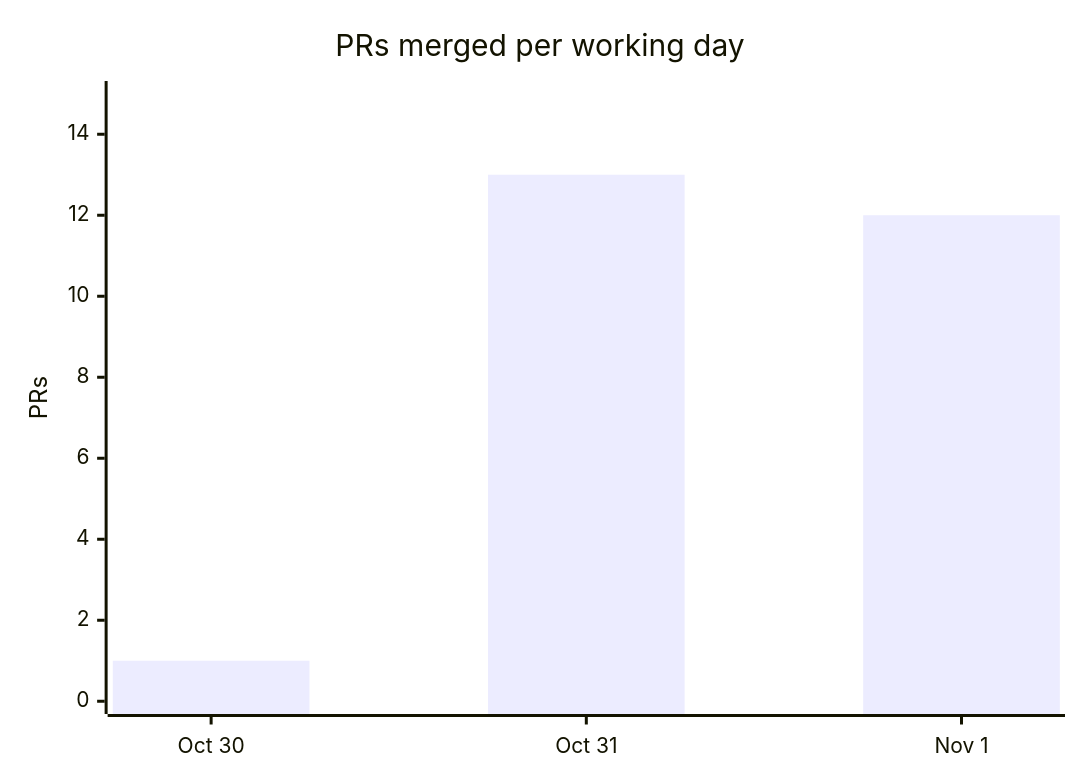
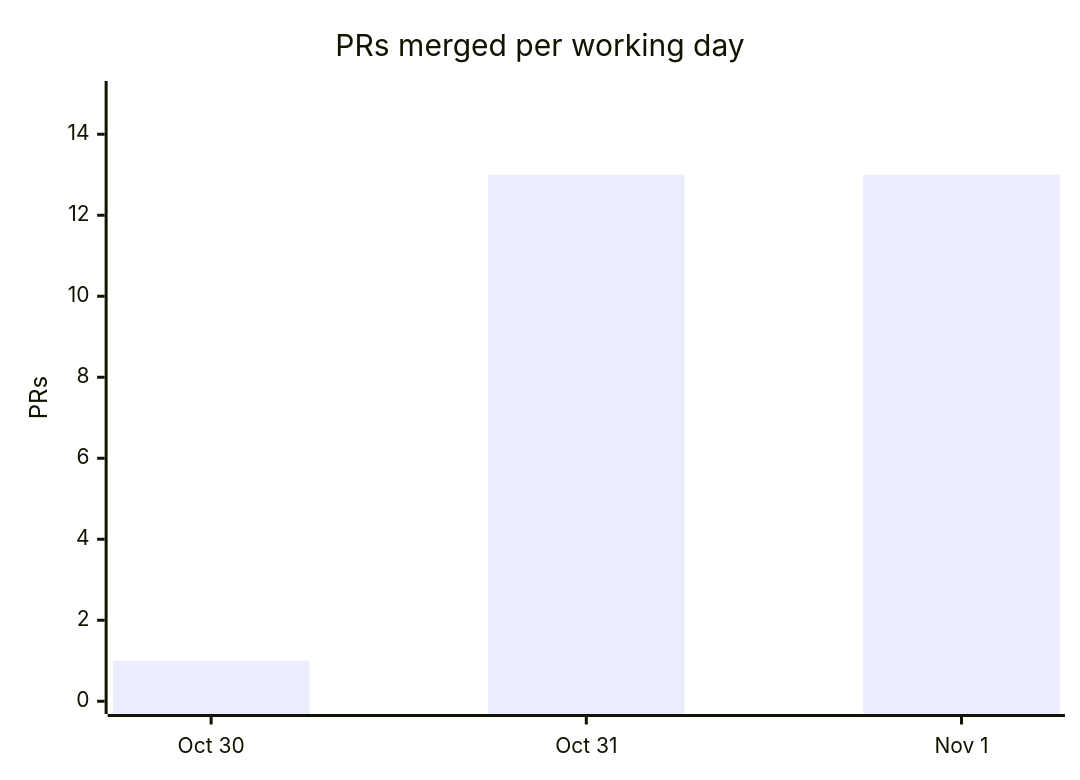
Before and after one commit to cmprssd/nfsh: the fourth of 4 diagrams in docs/OVERVIEW.md, drawn with Mermaid. The commit also changed other lines of this file and 9 other files, not shown here.

````diff
--- a/docs/OVERVIEW.md
+++ b/docs/OVERVIEW.md
@@ -139,7 +139,7 @@
 ```mermaid
 xychart-beta
     title "PRs merged per working day"
     x-axis ["Oct 30", "Oct 31", "Nov 1"]
     y-axis "PRs" 0 --> 15
-    bar [1, 13, 12]
+    bar [1, 13, 13]
 ```
````
